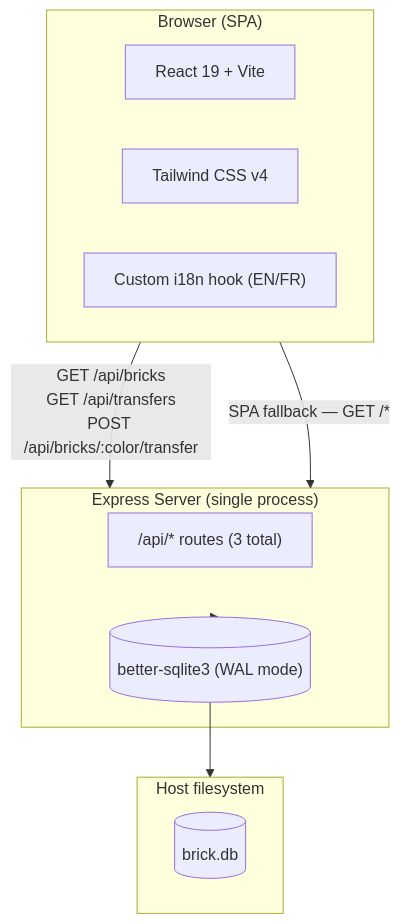
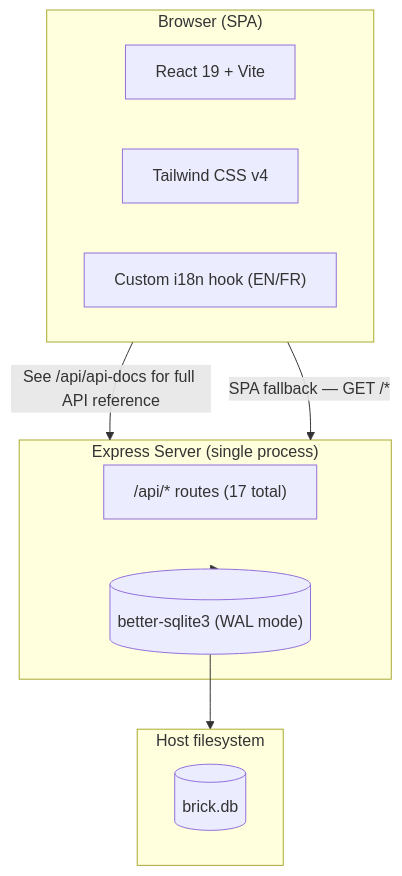
Before and after one commit to nyancol/Brick-Master-Tracker: the first of 4 diagrams in README.md, drawn with Mermaid. The commit also changed other lines of this file and 26 other files, not shown here.

````diff
--- a/README.md
+++ b/README.md
@@ -13,21 +13,21 @@
 ```mermaid
 flowchart TB
     subgraph Client["Browser (SPA)"]
         react["React 19 + Vite"]
         tailwind["Tailwind CSS v4"]
         i18n["Custom i18n hook (EN/FR)"]
     end
 
     subgraph Server["Express Server (single process)"]
-        routes["/api/* routes (3 total)"]
+        routes["/api/* routes (17 total)"]
         sqlite[("better-sqlite3 (WAL mode)")]
     end
 
     subgraph FileSystem["Host filesystem"]
         dbFile[("brick.db")]
     end
 
-    Client -->|"GET /api/bricks\nGET /api/transfers\nPOST /api/bricks/:color/transfer"| Server
+    Client -->|"See /api/api-docs for full API reference"| Server
     Client -->|"SPA fallback — GET /*"| Server
     Server --> sqlite --> FileSystem
 ```
````
